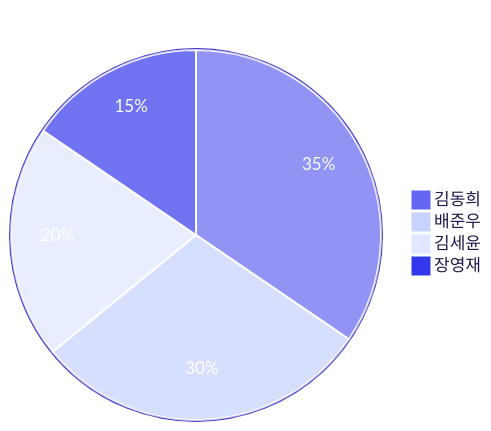
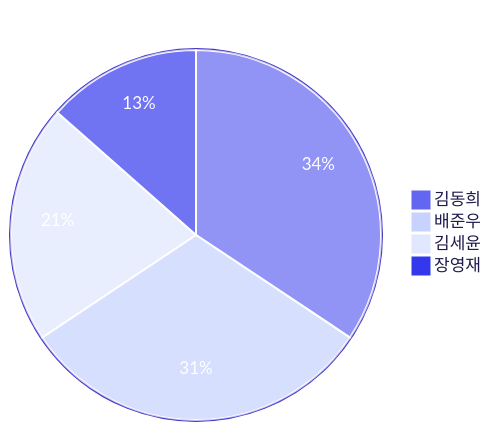
One commit to 3rd-project-team-1/ALYAC-market-team1 changed the third of 4 diagrams in README.md. Above: the diagram before and after it, drawn with Mermaid. The commit also changed other lines of this file, not shown here.

Commit message:
docs: 커밋 활동 차트 자동 업데이트 [skip ci]

````diff
--- a/README.md
+++ b/README.md
@@ -430,17 +430,17 @@
 ```mermaid
 %%{init: { 'theme': 'base', 'themeVariables': {
   'primaryColor': '#6366f1',
   'primaryTextColor': '#ffffff',
   'primaryBorderColor': '#4338ca',
   'secondaryColor': '#c7d2fe',
   'tertiaryColor': '#e0e7ff',
   'pieLegendTextColor': '#1e1b4b',
   'pieStrokeColor': '#ffffff',
   'pieOuterStrokeColor': '#4338ca'
 } } }%%
 pie title 기여자별 커밋 수
-  "김동희" : 203
-  "배준우" : 174
-  "김세윤" : 120
-  "장영재" : 91
+  "김동희" : 135
+  "배준우" : 123
+  "김세윤" : 82
+  "장영재" : 53
 ```
````
